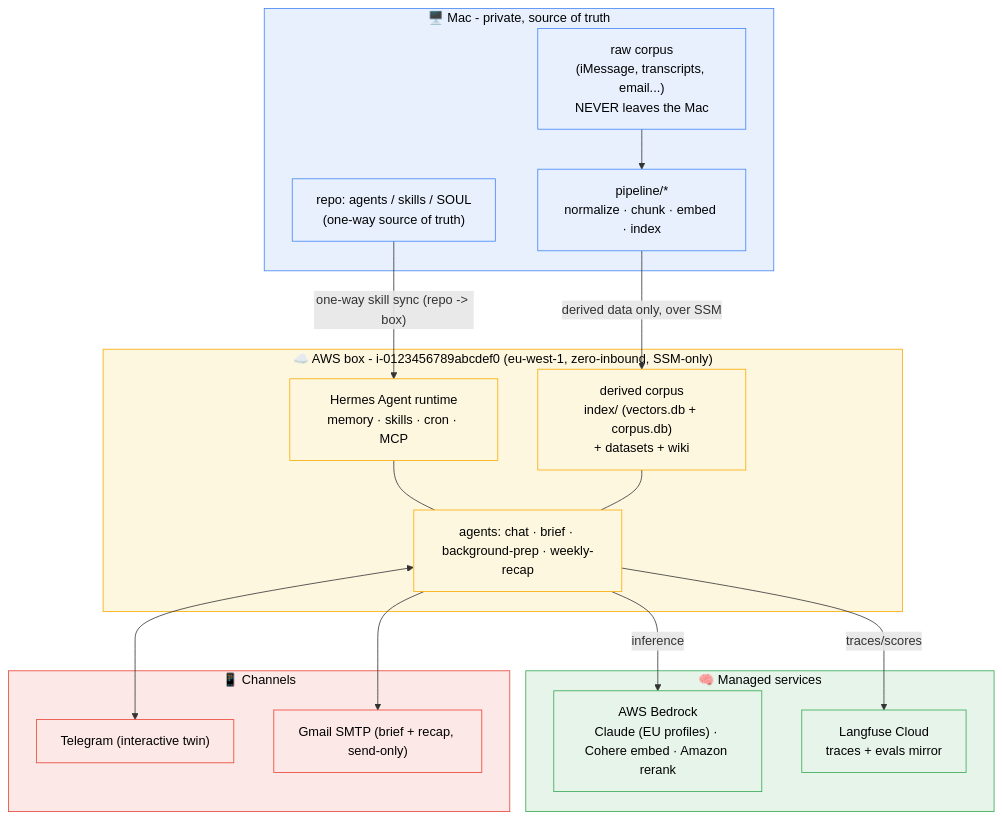
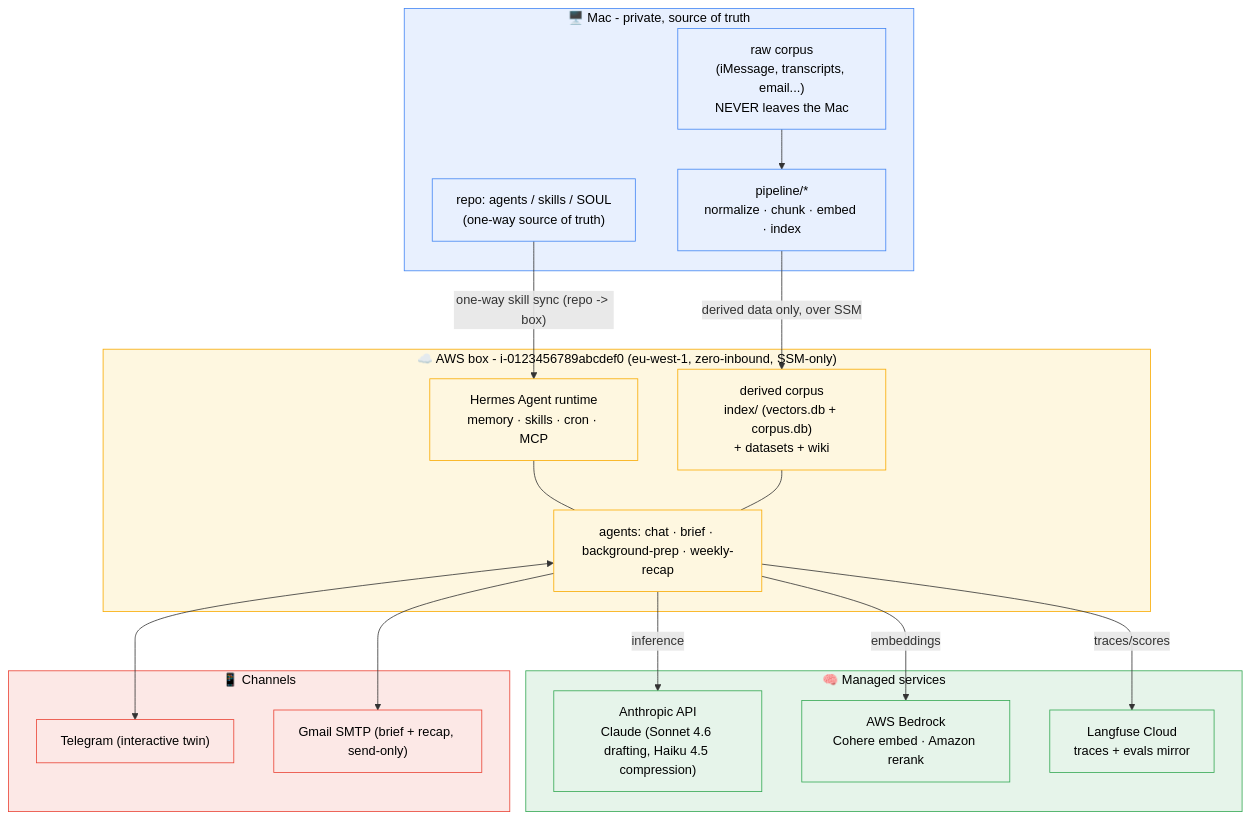
The first of 6 diagrams in docs/architecture-map.md (danielpuri1901/twin-mind), drawn with Mermaid before and after one commit. The commit also changed other lines of this file and 21 other files, not shown here.

First line of the commit message:
feat: Claude inference moves from Bedrock to the Anthropic API, embeddings stay on Bedrock (#1)

````diff
--- a/docs/architecture-map.md
+++ b/docs/architecture-map.md
@@ -14,43 +14,45 @@
 ```mermaid
 flowchart TB
     subgraph MAC["🖥️ Mac - private, source of truth"]
         RAW["raw corpus<br/>(iMessage, transcripts, email...)<br/>NEVER leaves the Mac"]
         PREP["pipeline/*<br/>normalize · chunk · embed · index"]
         REPO["repo: agents / skills / SOUL<br/>(one-way source of truth)"]
         RAW --> PREP
     end
 
     subgraph BOX["☁️ AWS box - i-0123456789abcdef0 (eu-west-1, zero-inbound, SSM-only)"]
         HERMES["Hermes Agent runtime<br/>memory · skills · cron · MCP"]
         DERIVED["derived corpus<br/>index/ (vectors.db + corpus.db)<br/>+ datasets + wiki"]
         AGENTS["agents: chat · brief · background-prep · weekly-recap"]
         HERMES --- AGENTS
         DERIVED --- AGENTS
     end
 
     subgraph CLOUD["🧠 Managed services"]
-        BEDROCK["AWS Bedrock<br/>Claude (EU profiles) · Cohere embed · Amazon rerank"]
+        ANTHROPIC["Anthropic API<br/>Claude (Sonnet 4.6 drafting, Haiku 4.5 compression)"]
+        BEDROCK["AWS Bedrock<br/>Cohere embed · Amazon rerank"]
         LANGFUSE["Langfuse Cloud<br/>traces + evals mirror"]
     end
 
     subgraph CHAN["📱 Channels"]
         TG["Telegram (interactive twin)"]
         GMAIL["Gmail SMTP (brief + recap, send-only)"]
     end
 
     PREP -->|"derived data only, over SSM"| DERIVED
     REPO -->|"one-way skill sync (repo -> box)"| HERMES
-    AGENTS -->|inference| BEDROCK
+    AGENTS -->|inference| ANTHROPIC
+    AGENTS -->|embeddings| BEDROCK
     AGENTS -->|traces/scores| LANGFUSE
     AGENTS <--> TG
     AGENTS --> GMAIL
 
     classDef mac fill:#e8f0fe,stroke:#4285f4,color:#000
     classDef box fill:#fef7e0,stroke:#f9ab00,color:#000
     classDef cloud fill:#e6f4ea,stroke:#34a853,color:#000
     classDef chan fill:#fce8e6,stroke:#ea4335,color:#000
     class MAC,RAW,PREP,REPO mac
     class BOX,HERMES,DERIVED,AGENTS box
-    class CLOUD,BEDROCK,LANGFUSE cloud
+    class CLOUD,ANTHROPIC,BEDROCK,LANGFUSE cloud
     class CHAN,TG,GMAIL chan
 ```
````
